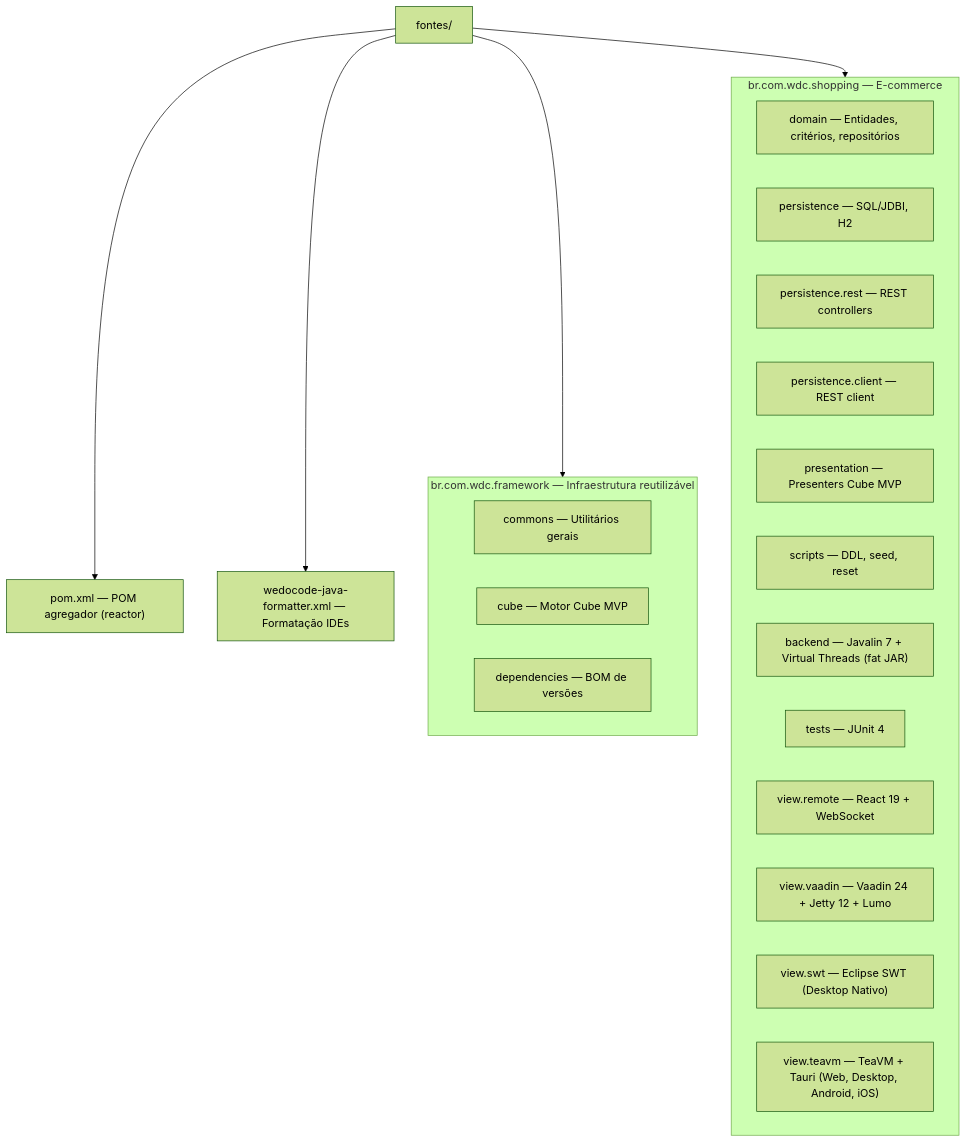
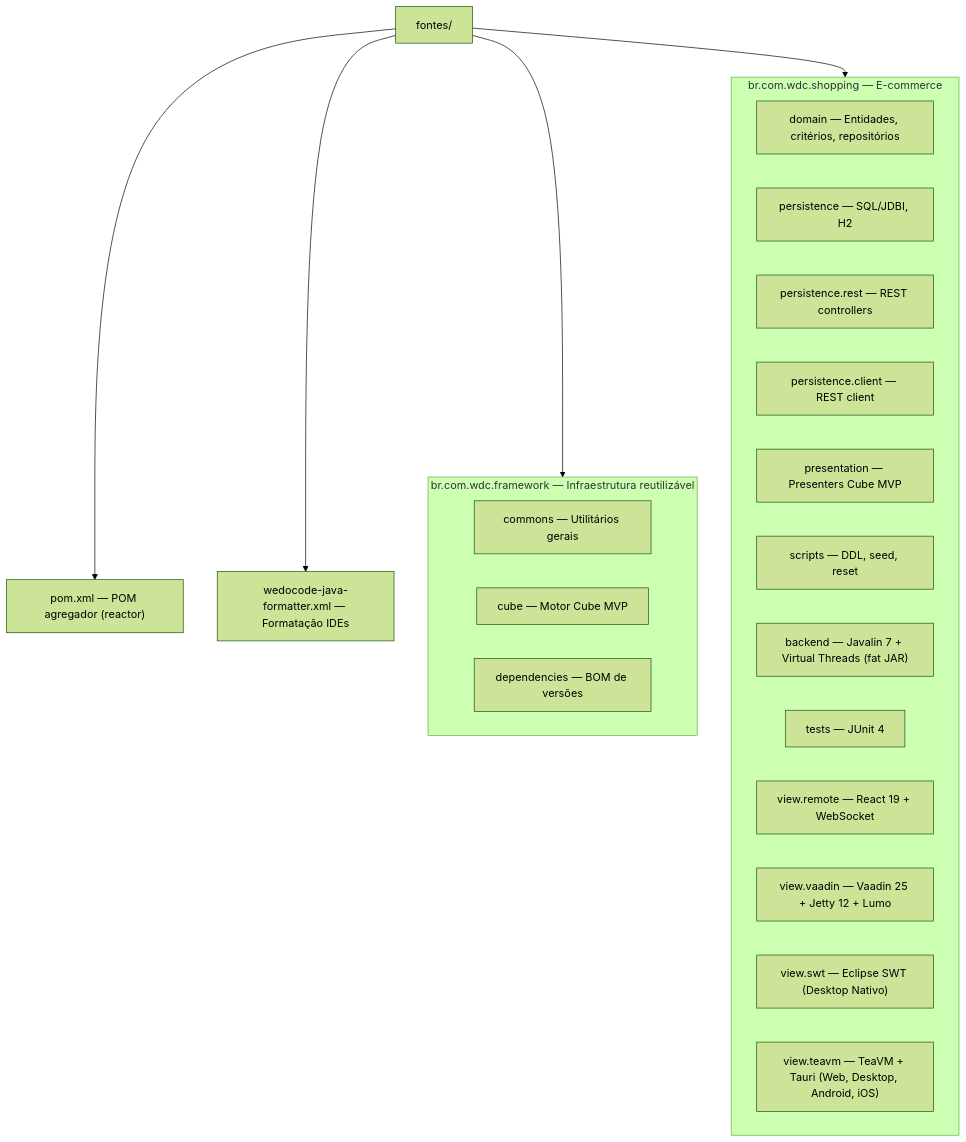
Before and after one commit to mrcdom/wdc-cube-java-v2: the diagram in fontes/README.md, drawn with Mermaid (forest theme). The commit also changed other lines of this file and 13 other files, not shown here.

````diff
--- a/fontes/README.md
+++ b/fontes/README.md
@@ -9,32 +9,32 @@
 ```mermaid
 graph TD
     fontes["fontes/"]
     pom["pom.xml — POM agregador (reactor)"]
     formatter["wedocode-java-formatter.xml — Formatação IDEs"]
 
     subgraph Framework["br.com.wdc.framework — Infraestrutura reutilizável"]
         fwCommons["commons — Utilitários gerais"]
         fwCube["cube — Motor Cube MVP"]
         fwDeps["dependencies — BOM de versões"]
     end
 
     subgraph Shopping["br.com.wdc.shopping — E-commerce"]
         domain["domain — Entidades, critérios, repositórios"]
         persistence["persistence — SQL/JDBI, H2"]
         persistRest["persistence.rest — REST controllers"]
         persistClient["persistence.client — REST client"]
         presentation["presentation — Presenters Cube MVP"]
         scripts["scripts — DDL, seed, reset"]
         backend["backend — Javalin 7 + Virtual Threads (fat JAR)"]
         tests["tests — JUnit 4"]
         viewReact["view.remote — React 19 + WebSocket"]
-        viewVaadin["view.vaadin — Vaadin 24 + Jetty 12 + Lumo"]
+        viewVaadin["view.vaadin — Vaadin 25 + Jetty 12 + Lumo"]
         viewSwt["view.swt — Eclipse SWT (Desktop Nativo)"]
         viewTeavm["view.teavm — TeaVM + Tauri (Web, Desktop, Android, iOS)"]
     end
 
     fontes --> pom
     fontes --> formatter
     fontes --> Framework
     fontes --> Shopping
 ```
````
